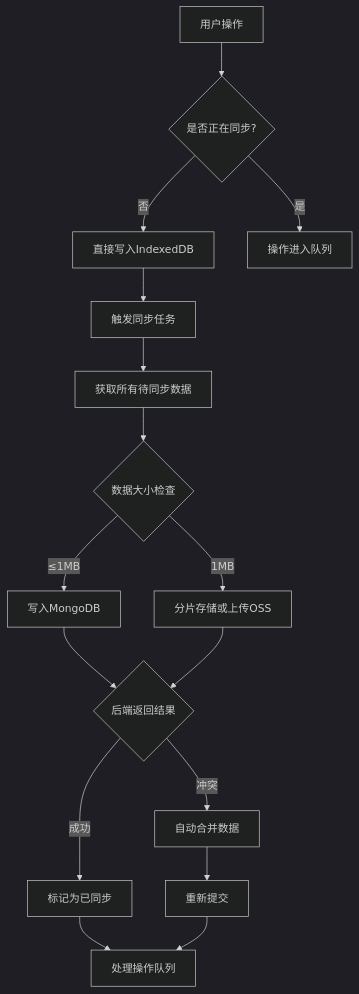
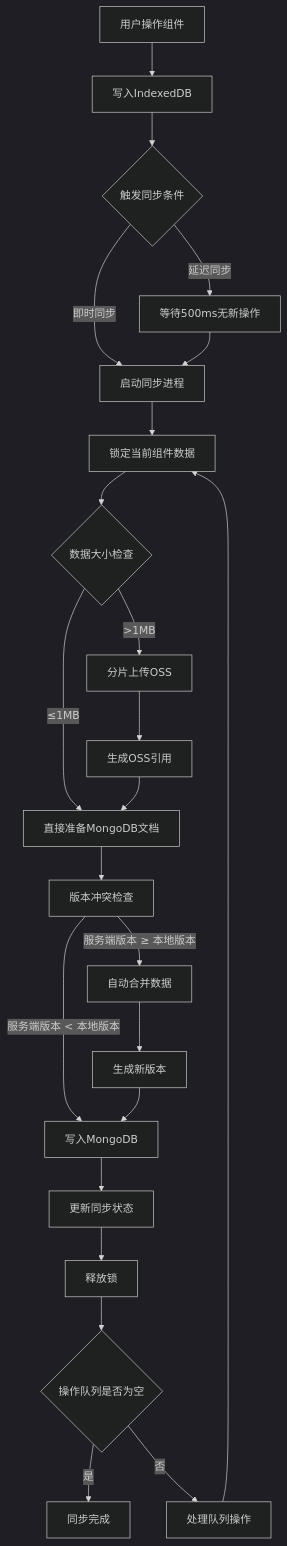
One commit to yingjianzh/iodraw-files changed the diagram in all/未命名-24.md. Above: the diagram before and after it, drawn with Mermaid (dark theme).

Commit message:
2025-02-21 11:01:12 update

````diff
--- a/all/未命名-24.md
+++ b/all/未命名-24.md
@@ -1,16 +1,28 @@
 ```mermaid
 flowchart TD
-    A[用户操作] --> B{是否正在同步?}
-    B -->|否| C[直接写入IndexedDB]
-    B -->|是| D[操作进入队列]
-    C --> E[触发同步任务]
-    E --> F[获取所有待同步数据]
+    A[用户操作组件] --> B[写入IndexedDB]
+    B --> C{触发同步条件}
+    C -->|即时同步| D[启动同步进程]
+    C -->|延迟同步| E[等待500ms无新操作]
+    E --> D
+    
+    D --> F[锁定当前组件数据]
     F --> G{数据大小检查}
-    G -->|≤1MB| H[写入MongoDB]
-    G -->|1MB| I[分片存储或上传OSS]
-    H & I --> J{后端返回结果}
-    J -->|成功| K[标记为已同步]
-    J -->|冲突| L[自动合并数据]
-    L --> M[重新提交]
-    K & M --> N[处理操作队列]
+    G -->|≤1MB| H[直接准备MongoDB文档]
+    G -->|>1MB| I[分片上传OSS]
+    I --> J[生成OSS引用]
+    J --> H
+    
+    H --> K[版本冲突检查]
+    K -->|服务端版本 < 本地版本| L[写入MongoDB]
+    K -->|服务端版本 ≥ 本地版本| M[自动合并数据]
+    M --> N[生成新版本]
+    N --> L
+    
+    L --> O[更新同步状态]
+    O --> P[释放锁]
+    P --> Q{操作队列是否为空}
+    Q -->|是| R[同步完成]
+    Q -->|否| S[处理队列操作]
+    S --> F
 ```
````
